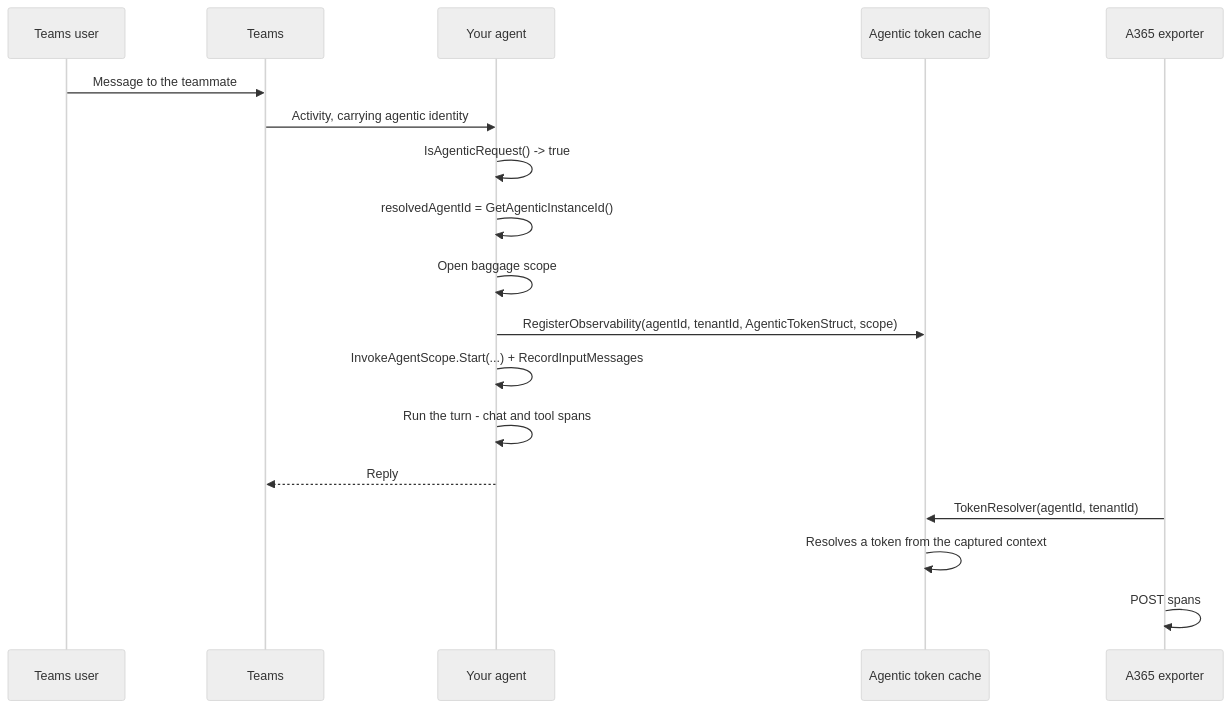
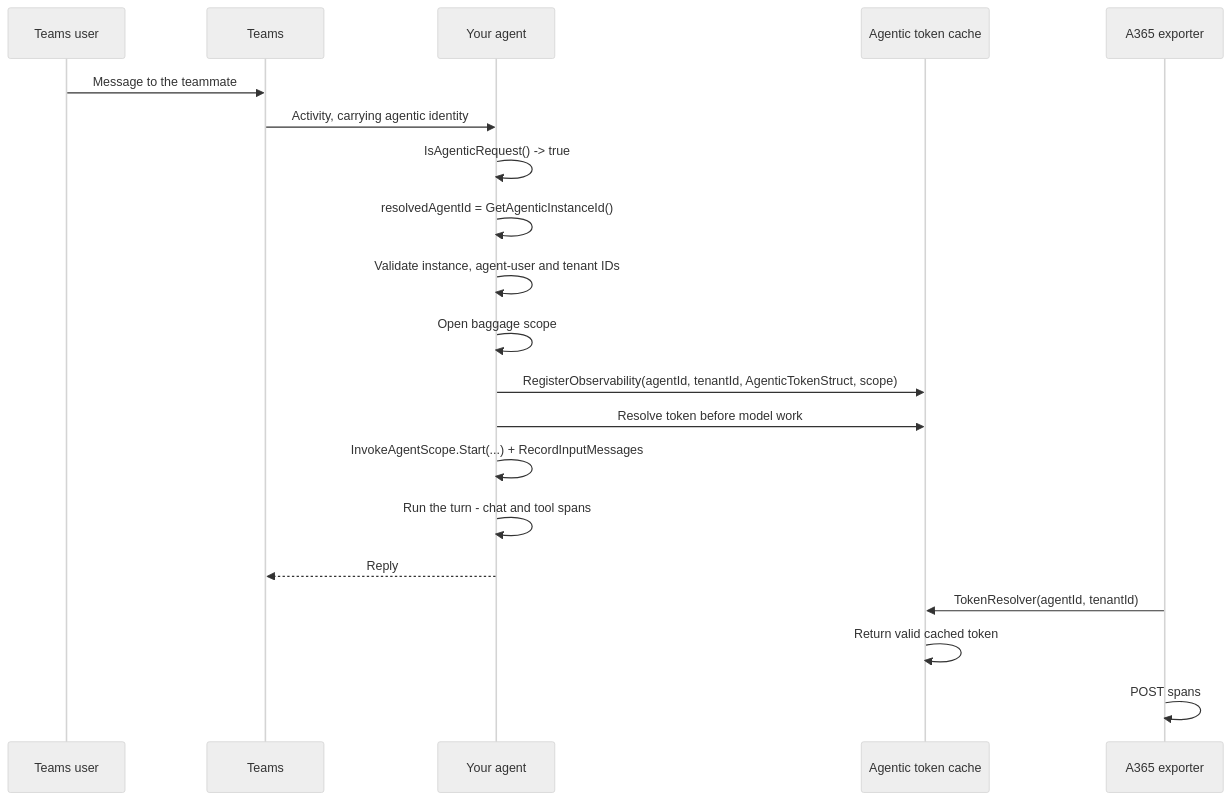
Before and after one commit to qmatteoq/agent365-runbook: the second of 3 diagrams in 01-scenarios/AI-Teammate-Agent-Identity/2.Architecture.md, drawn with Mermaid (neutral theme). The commit also changed other lines of this file and 37 other files, not shown here.

````diff
--- a/01-scenarios/AI-Teammate-Agent-Identity/2.Architecture.md
+++ b/01-scenarios/AI-Teammate-Agent-Identity/2.Architecture.md
@@ -73,21 +82,23 @@
 ```mermaid
 sequenceDiagram
     participant U as Teams user
     participant T as Teams
     participant A as Your agent
     participant C as Agentic token cache
     participant X as A365 exporter
 
     U->>T: Message to the teammate
     T->>A: Activity, carrying agentic identity
     A->>A: IsAgenticRequest() -> true
     A->>A: resolvedAgentId = GetAgenticInstanceId()
+    A->>A: Validate instance, agent-user and tenant IDs
     A->>A: Open baggage scope
     A->>C: RegisterObservability(agentId, tenantId, AgenticTokenStruct, scope)
+    A->>C: Resolve token before model work
     A->>A: InvokeAgentScope.Start(...) + RecordInputMessages
     A->>A: Run the turn - chat and tool spans
     A-->>T: Reply
     X->>C: TokenResolver(agentId, tenantId)
-    C->>C: Resolves a token from the captured context
+    C->>C: Return valid cached token
     X->>X: POST spans
 ```
````
